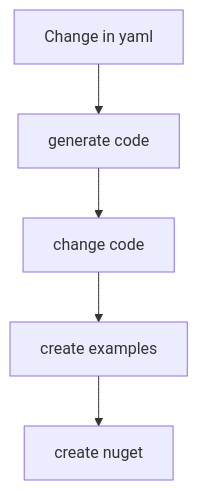
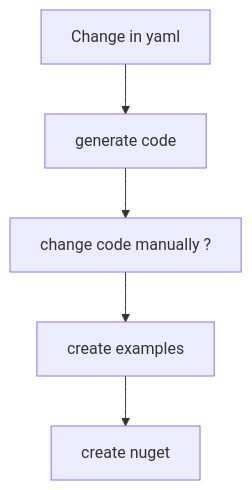
Before and after one commit to PxTools/PxApiSpecs: the diagram in generator/Readme.md, drawn with Mermaid.

````diff
--- a/generator/Readme.md
+++ b/generator/Readme.md
@@ -3,7 +3,7 @@
 ```mermaid
   graph TD;
       A[Change in yaml]-->B[generate code];
-      B-->C[change code];
+      B-->C[change code manually ?];
       C-->D[create examples];
       D-->E[create nuget];
 ```
````
